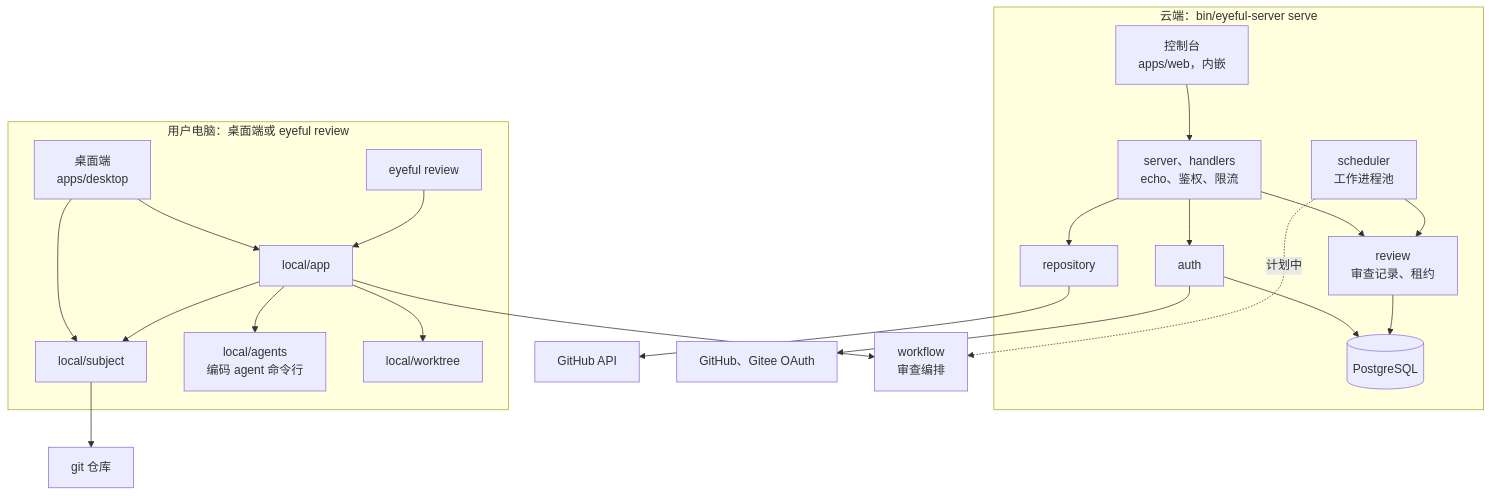
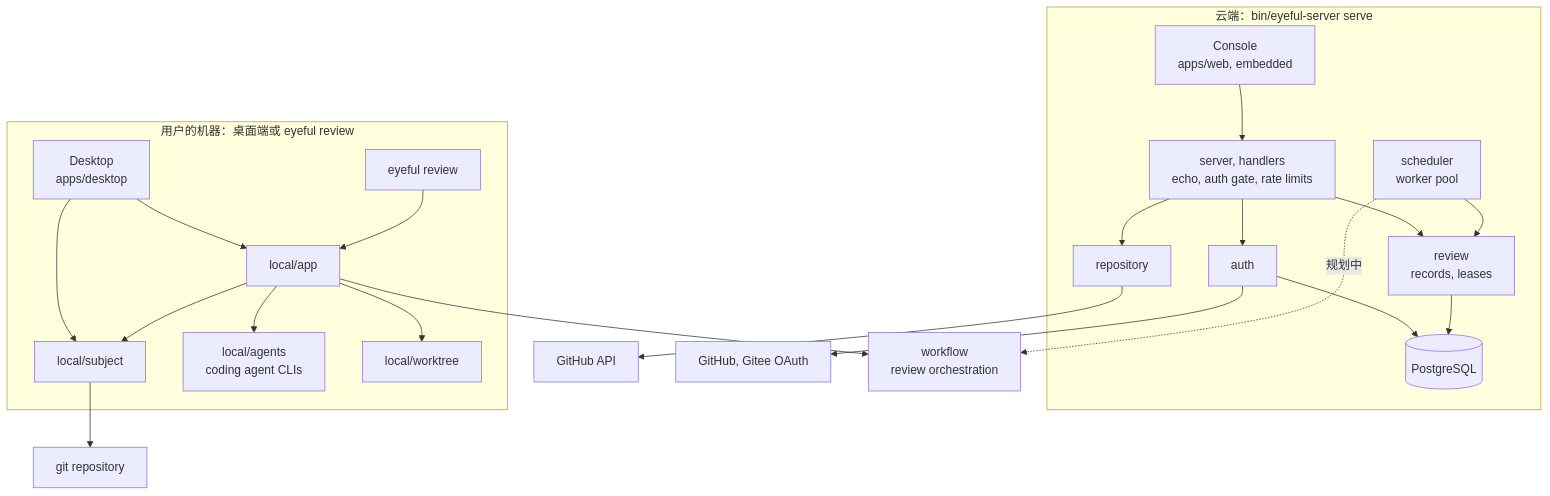
One commit to Pleasurecruise/eyeful changed the first of 4 diagrams in docs/zh/ARCHITECTURE.md. Above: the diagram before and after it, drawn with Mermaid. The commit also changed other lines of this file and 51 other files, not shown here.

First line of the commit message:
docs, eval: record the ReviewBench run at dbf9e50 and tighten the workflow

````diff
--- a/docs/zh/ARCHITECTURE.md
+++ b/docs/zh/ARCHITECTURE.md
@@ -9,23 +7,23 @@
 ```mermaid
 flowchart TB
     subgraph cloud["云端：bin/eyeful-server serve"]
-        console["控制台<br/>apps/web，内嵌"] --> server["server、handlers<br/>echo、鉴权、限流"]
-        server --> auth["auth"] & review["review<br/>审查记录、租约"] & repository["repository"]
-        scheduler["scheduler<br/>工作进程池"] --> review
+        console["Console<br/>apps/web, embedded"] --> server["server, handlers<br/>echo, auth gate, rate limits"]
+        server --> auth["auth"] & review["review<br/>records, leases"] & repository["repository"]
+        scheduler["scheduler<br/>worker pool"] --> review
         auth & review --> pg[("PostgreSQL")]
     end
     repository --> github["GitHub API"]
-    auth --> providers["GitHub、Gitee OAuth"]
+    auth --> providers["GitHub, Gitee OAuth"]
 
-    subgraph machine["用户电脑：桌面端或 eyeful review"]
-        desktop["桌面端<br/>apps/desktop"] --> subject["local/subject"]
+    subgraph machine["用户的机器：桌面端或 eyeful review"]
+        desktop["Desktop<br/>apps/desktop"] --> subject["local/subject"]
         desktop --> lapp
         cli["eyeful review"] --> lapp["local/app"]
-        lapp --> subject & agents["local/agents<br/>编码 agent 命令行"] & tree["local/worktree"]
+        lapp --> subject & agents["local/agents<br/>coding agent CLIs"] & tree["local/worktree"]
     end
     cloud ~~~ machine
-    subject --> git["git 仓库"]
-    workflow["workflow<br/>审查编排"]
-    scheduler -.->|计划中| workflow
+    subject --> git["git repository"]
+    workflow["workflow<br/>review orchestration"]
+    scheduler -.->|规划中| workflow
     lapp --> workflow
 ```
````
